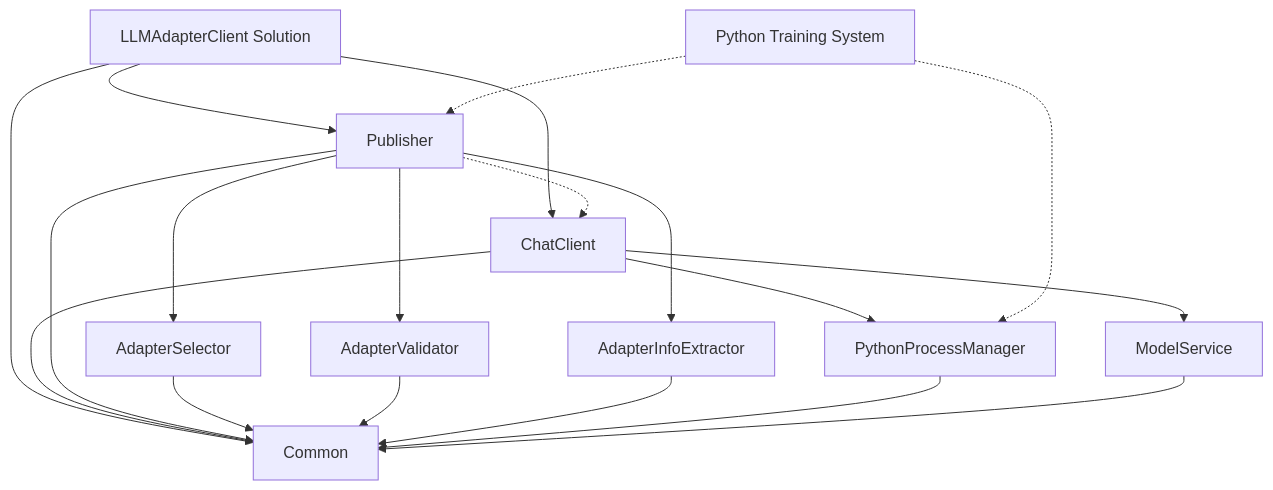
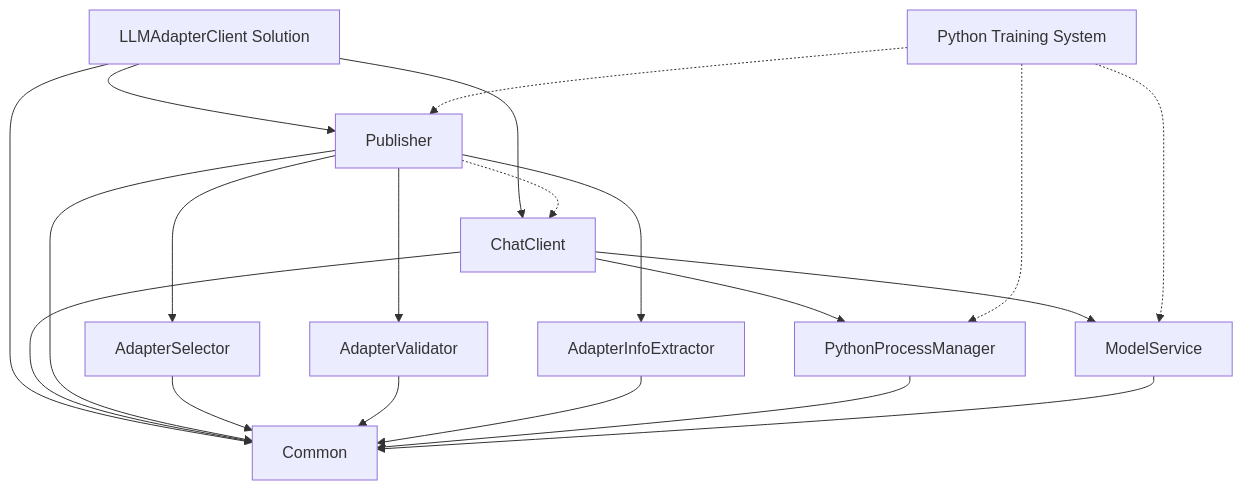
Before and after one commit to gsinghjay/LLMAdapterClient: the first of 2 diagrams in README.md, drawn with Mermaid. The commit also changed other lines of this file and 2 other files, not shown here.

````diff
--- a/README.md
+++ b/README.md
@@ -199,22 +229,23 @@
 ```mermaid
 graph TD
     A[LLMAdapterClient Solution] --> B[ChatClient]
     A --> C[Publisher]
     A --> D[Common]
     
     C --> E[AdapterSelector]
     C --> F[AdapterValidator]
     C --> G[AdapterInfoExtractor]
     
     B --> H[PythonProcessManager]
     B --> I[ModelService]
     
     B --> D
     C --> D
     E & F & G --> D
     H & I --> D
 
     P[Python Training System] -.-> C
     P -.-> H
+    P -.-> I
     C -.-> B
 ```
````
